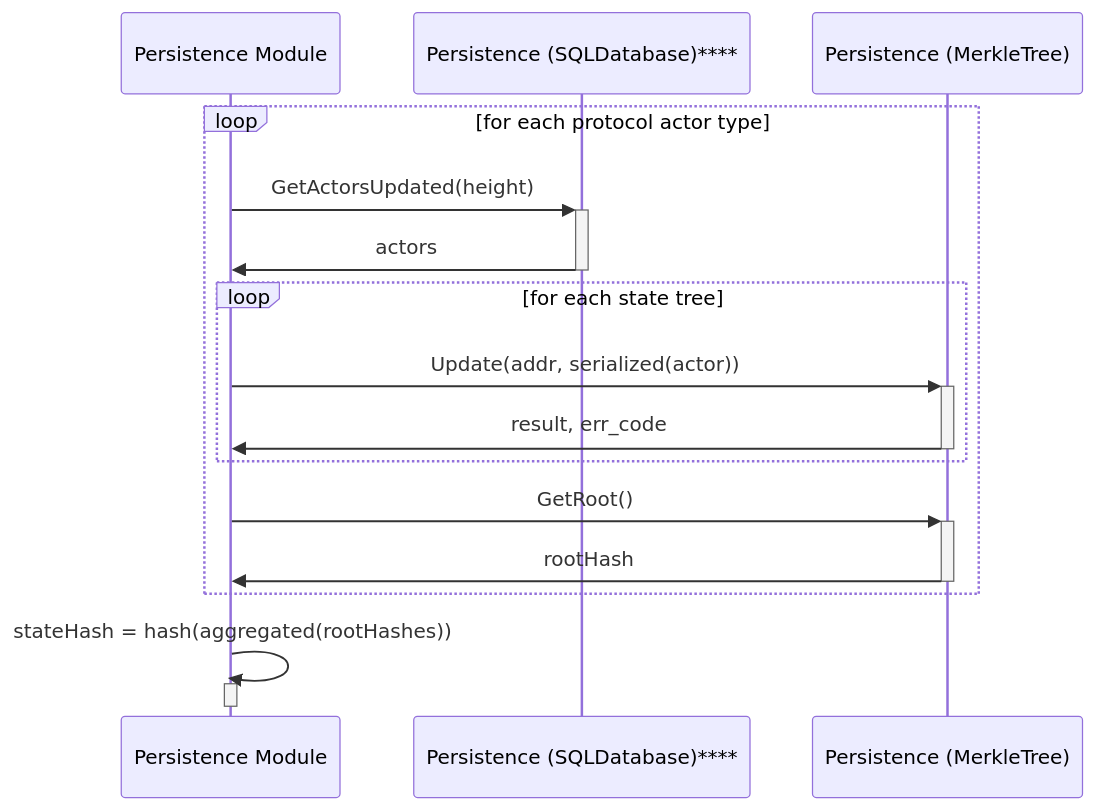
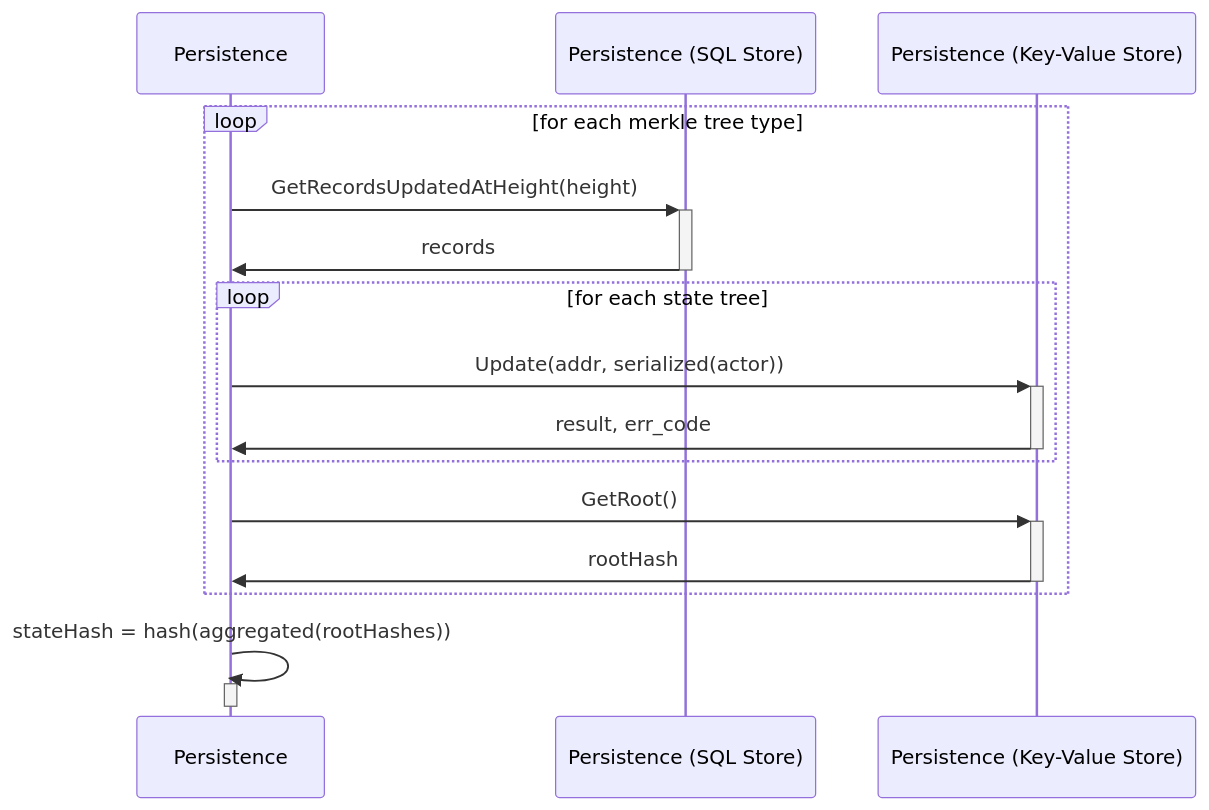
The first of 2 diagrams in persistence/docs/PROTOCOL_STATE_HASH.md (pokt-network/pocket), drawn with Mermaid before and after one commit. The commit also changed other lines of this file and 1 other file, not shown here.

````diff
--- a/persistence/docs/PROTOCOL_STATE_HASH.md
+++ b/persistence/docs/PROTOCOL_STATE_HASH.md
@@ -38,21 +70,21 @@
 ```mermaid
 sequenceDiagram
-    participant P as Persistence Module
-    participant PP as Persistence (SQLDatabase)****
-    participant PM as Persistence (MerkleTree)
+    participant P as Persistence
+    participant PSQL as Persistence (SQL Store)
+    participant PKV as Persistence (Key-Value Store)
 
-    loop for each protocol actor type
-        P->>+PP: GetActorsUpdated(height)
-        PP->>-P: actors
+    loop for each merkle tree type
+        P->>+PSQL: GetRecordsUpdatedAtHeight(height)
+        PSQL->>-P: records
         loop for each state tree
-            P->>+PM: Update(addr, serialized(actor))
-            PM->>-P: result, err_code
+            P->>+PKV: Update(addr, serialized(actor))
+            PKV->>-P: result, err_code
         end
-        P->>+PM: GetRoot()
-        PM->>-P: rootHash
+        P->>+PKV: GetRoot()
+        PKV->>-P: rootHash
     end
 
     P->>P: stateHash = hash(aggregated(rootHashes))
     activate P
     deactivate P
 ```
````
